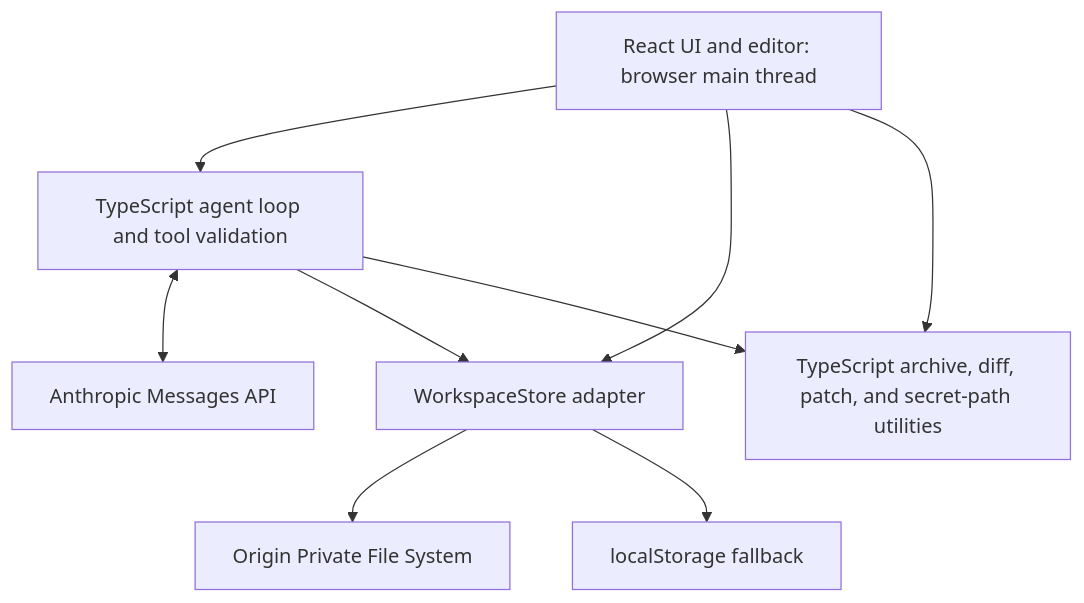
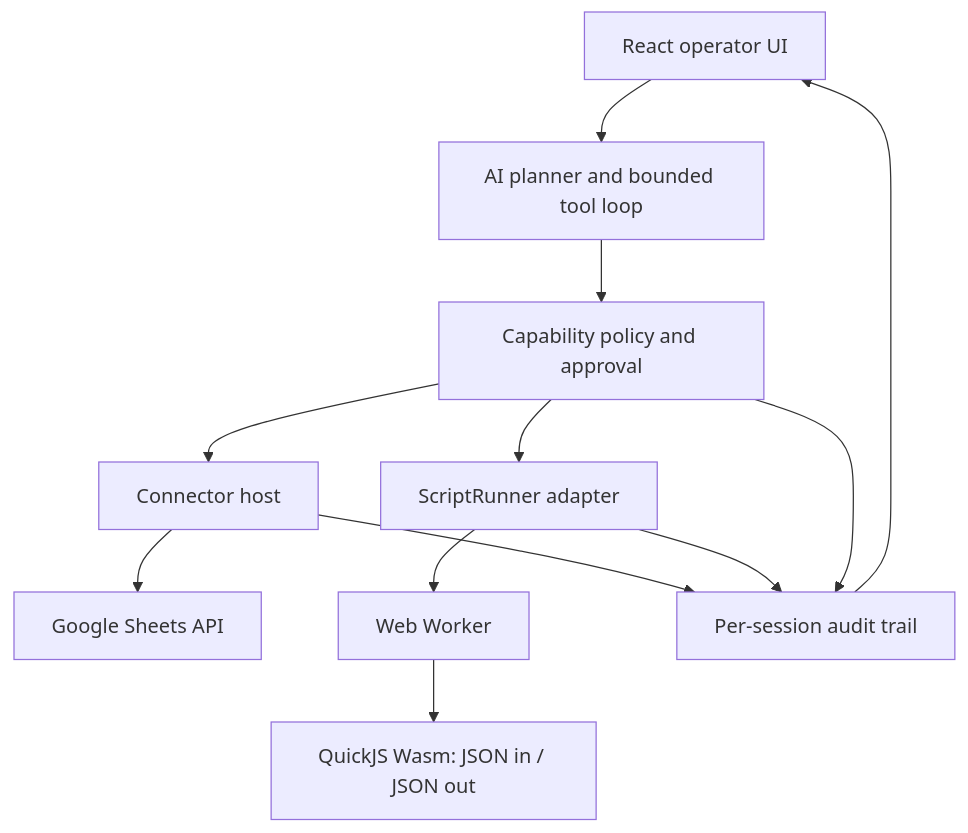
One commit to haya-inc/wasmhatch changed the diagram in docs/plan.md. Above: the diagram before and after it, drawn with Mermaid. The commit also changed other lines of this file and 19 other files, not shown here.

Commit message:
Pivot WasmHatch to browser-native business operations

````diff
--- a/docs/plan.md
+++ b/docs/plan.md
@@ -105,19 +99,24 @@
 ```mermaid
 flowchart TD
-    UI["React UI and editor: browser main thread"]
-    AG["TypeScript agent loop and tool validation"]
-    API["Anthropic Messages API"]
-    FS["WorkspaceStore adapter"]
-    OPFS["Origin Private File System"]
-    LS["localStorage fallback"]
-    TS["TypeScript archive, diff, patch, and secret-path utilities"]
+    UI["React operator UI"]
+    AG["AI planner and bounded tool loop"]
+    POL["Capability policy and approval"]
+    CONN["Connector host"]
+    GS["Google Sheets API"]
+    SCRIPT["ScriptRunner adapter"]
+    WORKER["Web Worker"]
+    QJS["QuickJS Wasm: JSON in / JSON out"]
+    AUDIT["Per-session audit trail"]
 
     UI --> AG
-    AG <--> API
-    AG --> FS
-    UI --> FS
-    UI --> TS
-    AG --> TS
-    FS --> OPFS
-    FS --> LS
+    AG --> POL
+    POL --> CONN
+    CONN --> GS
+    POL --> SCRIPT
+    SCRIPT --> WORKER
+    WORKER --> QJS
+    CONN --> AUDIT
+    SCRIPT --> AUDIT
+    POL --> AUDIT
+    AUDIT --> UI
 ```
````
